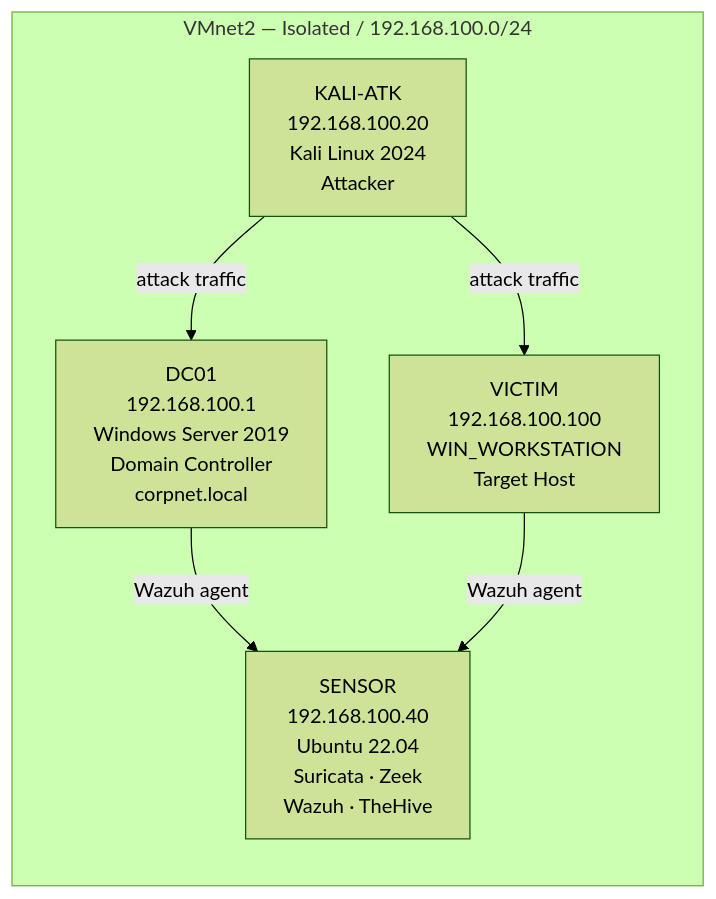
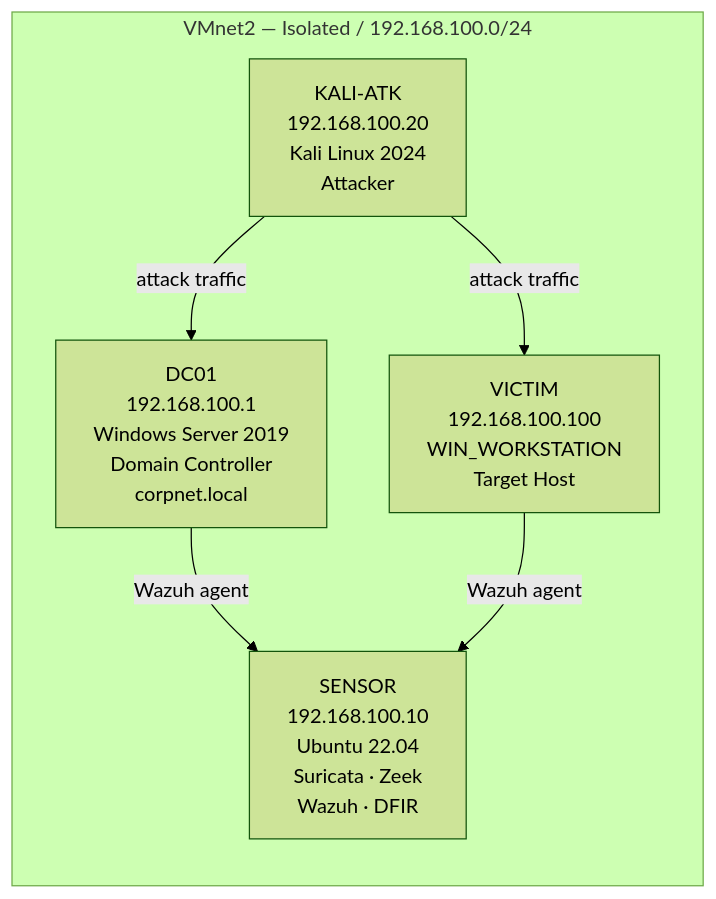
One commit to LazurNiko/Sandbox_SecurityLab_1 changed the diagram in README.md. Above: the diagram before and after it, drawn with Mermaid (forest theme). The commit also changed 6 other files, not shown here.

````diff
--- a/README.md
+++ b/README.md
@@ -2,23 +2,23 @@
 ```mermaid
 flowchart LR
 
     subgraph VMnet2["VMnet2 — Isolated / 192.168.100.0/24"]
 
         DC01["DC01\n192.168.100.1\nWindows Server 2019\nDomain Controller\ncorpnet.local"]
 
         KALI["KALI-ATK\n192.168.100.20\nKali Linux 2024\nAttacker"]
 
-        SENSOR["SENSOR\n192.168.100.40\nUbuntu 22.04\nSuricata · Zeek\nWazuh · TheHive"]
+        SENSOR["SENSOR\n192.168.100.10\nUbuntu 22.04\nSuricata · Zeek\nWazuh · DFIR"]
 
         VICTIM["VICTIM\n192.168.100.100\nWIN_WORKSTATION\nTarget Host"]
 
     end
 
     KALI -->|"attack traffic"| DC01
 
     KALI -->|"attack traffic"| VICTIM
 
     DC01 -->|"Wazuh agent"| SENSOR
 
     VICTIM -->|"Wazuh agent"| SENSOR
 ```
````
